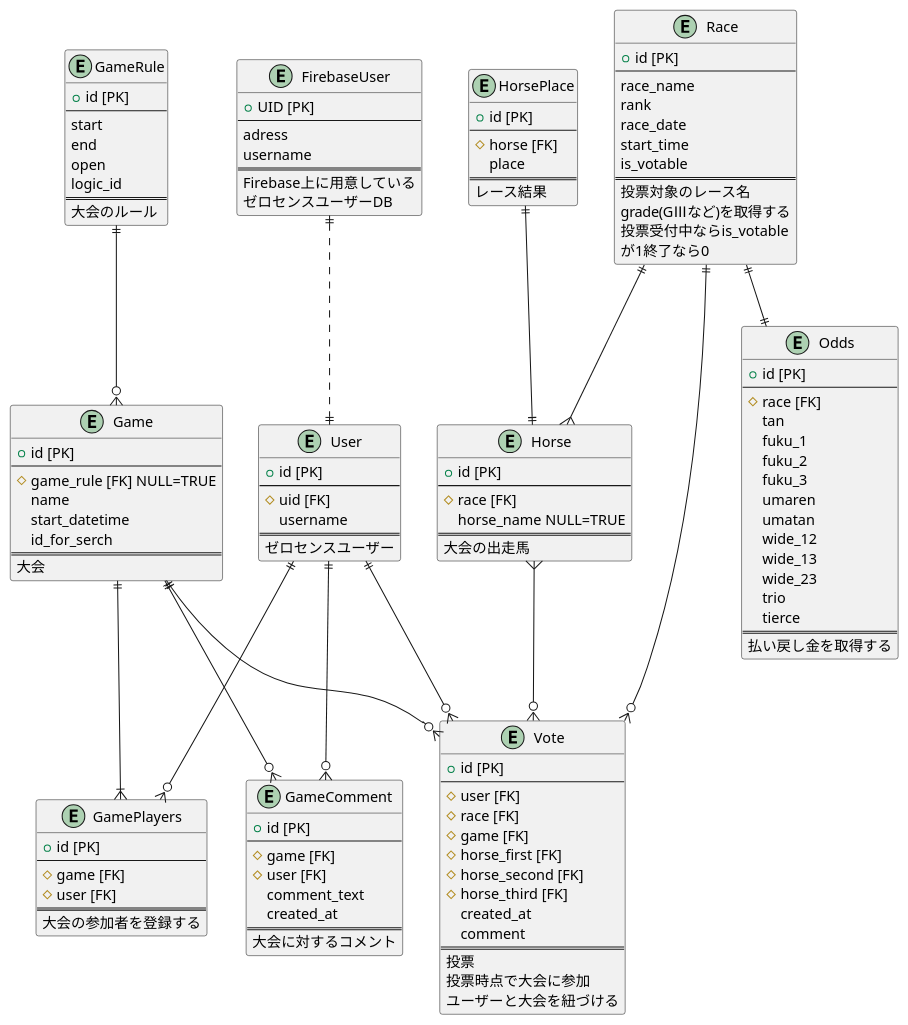
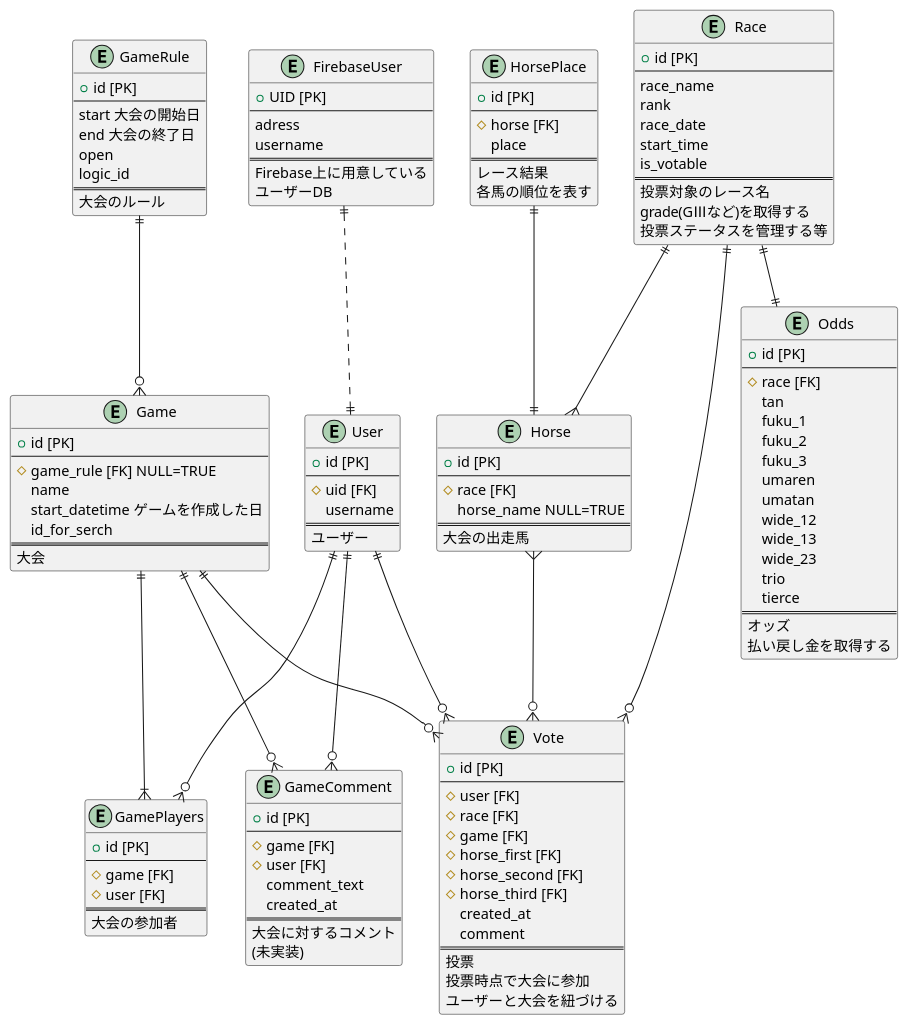
The diagram in UML/ER.pu (Kengo106/zerosense), drawn with PlantUML before and after one commit. The commit also changed 16 other files, not shown here.

```diff
--- a/UML/ER.pu
+++ b/UML/ER.pu
@@ -1,147 +1,149 @@
-@startuml 20231007_ER図
+@startuml 20231206_ER図
 
 
 entity HorsePlace {
   + id [PK]
   --
   # horse [FK]
   place
   ==
   レース結果
+  各馬の順位を表す
 }
 
 entity User {
   + id [PK]
   --
   # uid [FK]
   username
   ==
-  ゼロセンスユーザー
+  ユーザー
 }
 
 entity FirebaseUser {
   + UID [PK]
   --
   adress 
   username
   ==
   Firebase上に用意している
-  ゼロセンスユーザーDB
+  ユーザーDB
 }
 
 entity Game {
   + id [PK]
   --
   # game_rule [FK] NULL=TRUE
   name
-  start_datetime
+  start_datetime ゲームを作成した日
   id_for_serch
   ==
   大会
 }
 
 entity GameRule {
   + id [PK]
   --
-  start
-  end
+  start 大会の開始日
+  end 大会の終了日
   open
   logic_id
   ==
   大会のルール
 }
 
 entity Vote {
   + id [PK]
   --
   # user [FK]
   # race [FK]
   # game [FK]
   # horse_first [FK]
   # horse_second [FK]
   # horse_third [FK]
   created_at
   comment
   ==
   投票
   投票時点で大会に参加
   ユーザーと大会を紐づける
 }
 
 entity Race{
   + id [PK]
   --
   race_name
   rank
   race_date
   start_time
   is_votable
   ==
   投票対象のレース名
   grade(GⅢなど)を取得する  
-  投票受付中ならis_votable
-  が1終了なら0
+  投票ステータスを管理する等
 }
 
 entity Horse {
   + id [PK]
   --
   # race [FK] 
   horse_name NULL=TRUE
   ==
   大会の出走馬
 }
 
 entity Odds {
   + id [PK]
   --
   # race [FK]
   tan
   fuku_1
   fuku_2
   fuku_3
   umaren
   umatan
   wide_12
   wide_13
   wide_23
   trio
   tierce
   ==
+  オッズ
   払い戻し金を取得する
 }
 
 entity GameComment {
   + id [PK]
   --
   # game [FK]
   # user [FK]
   comment_text
   created_at
   ==
   大会に対するコメント
+  (未実装)
 }
 
 entity GamePlayers {
   + id [PK]
   --
   # game [FK]
   # user [FK]
   ==
-  大会の参加者を登録する
+  大会の参加者
 }
 
 Race ||--|| Odds
 User ||--o{ Vote
 Horse }--o{ Vote
 Race ||--o{ Vote
 Game ||--o{ Vote
 Race ||--{ Horse
 User ||--o{ GameComment
 Game ||--o{ GameComment
 GameRule ||--o{ Game
 HorsePlace ||--|| Horse
 FirebaseUser ||..|| User
 Game ||--|{ GamePlayers
 User ||--o{ GamePlayers
 @enduml
```
